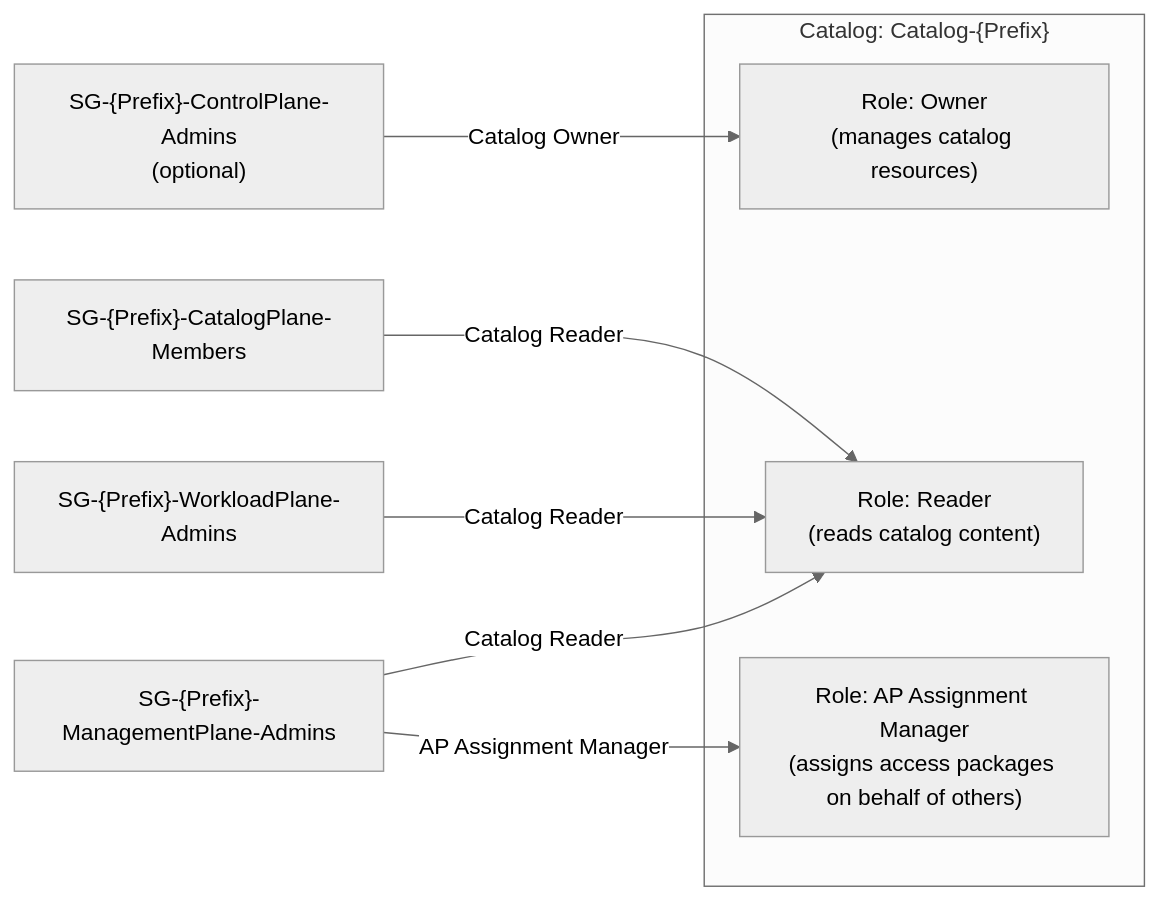
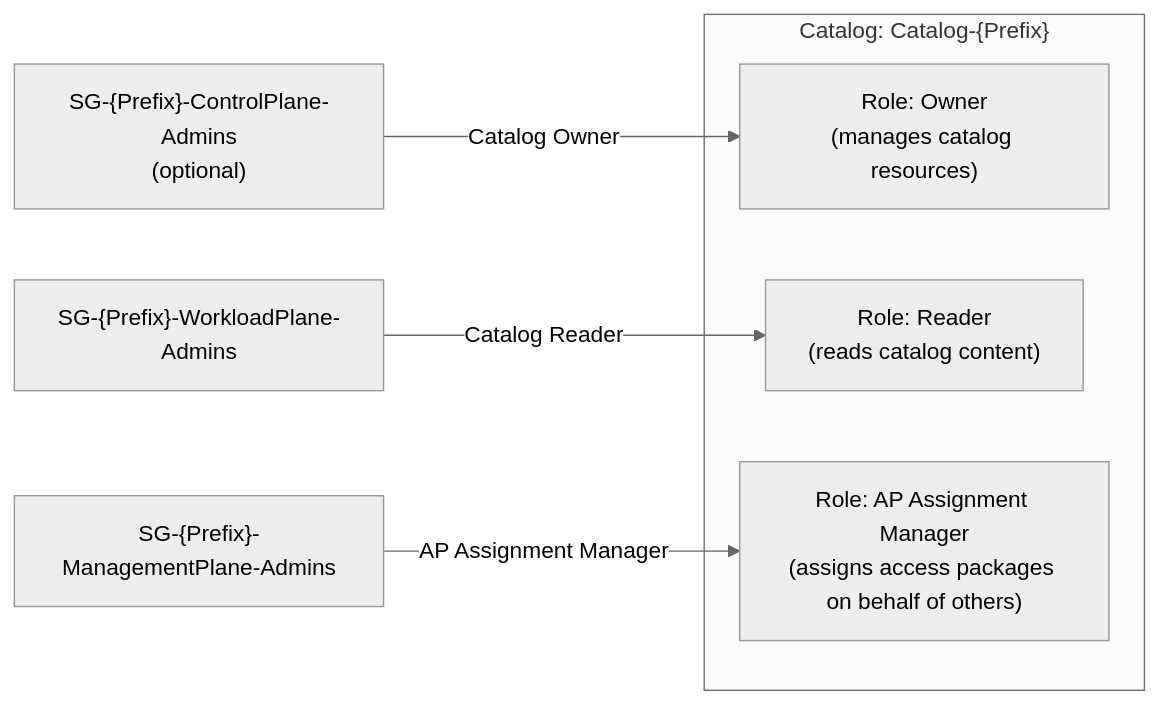
One commit to Cloud-Architekt/EntraOps changed the sixth of 7 diagrams in Docs/content/service-em-landing-zone-visualization.md. Above: the diagram before and after it, drawn with Mermaid (neutral theme). The commit also changed other lines of this file and 23 other files, not shown here.

````diff
--- a/Docs/content/service-em-landing-zone-visualization.md
+++ b/Docs/content/service-em-landing-zone-visualization.md
@@ -331,14 +330,12 @@
 ```mermaid
 flowchart LR
     subgraph CAT["Catalog: Catalog-{Prefix}"]
         CR_Owner["Role: Owner\n(manages catalog resources)"]
         CR_Reader["Role: Reader\n(reads catalog content)"]
         CR_ApMgr["Role: AP Assignment Manager\n(assigns access packages on behalf of others)"]
     end
 
     G_Ctrl["SG-{Prefix}-ControlPlane-Admins\n(optional)"]  -->|"Catalog Owner"| CR_Owner
-    G_CP["SG-{Prefix}-CatalogPlane-Members"]                -->|"Catalog Reader"| CR_Reader
     G_WP_Adm["SG-{Prefix}-WorkloadPlane-Admins"]            -->|"Catalog Reader"| CR_Reader
-    G_MP_Adm["SG-{Prefix}-ManagementPlane-Admins"]          -->|"Catalog Reader"| CR_Reader
-    G_MP_Adm                                                -->|"AP Assignment Manager"| CR_ApMgr
+    G_MP_Adm["SG-{Prefix}-ManagementPlane-Admins"]          -->|"AP Assignment Manager"| CR_ApMgr
 ```
````
